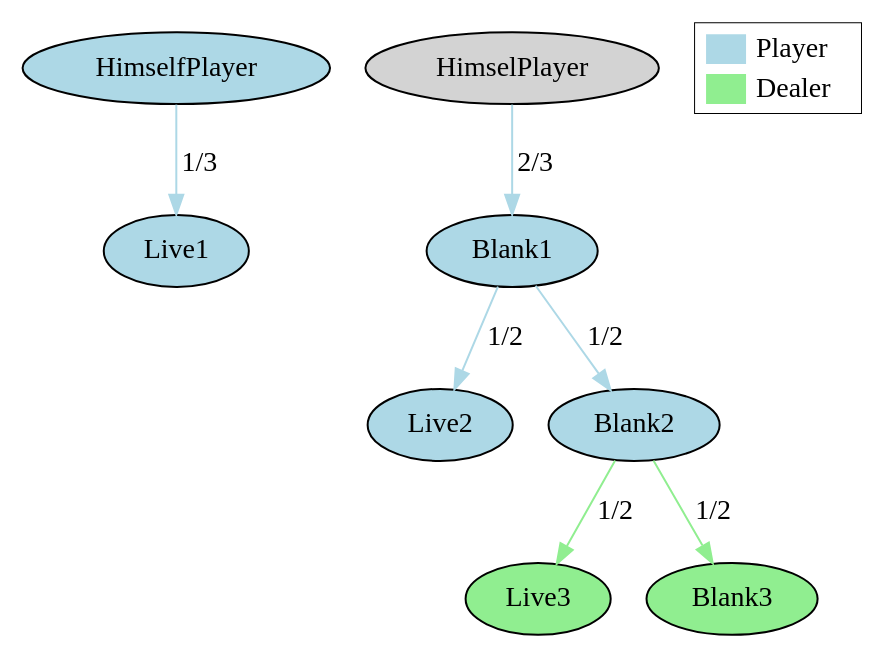
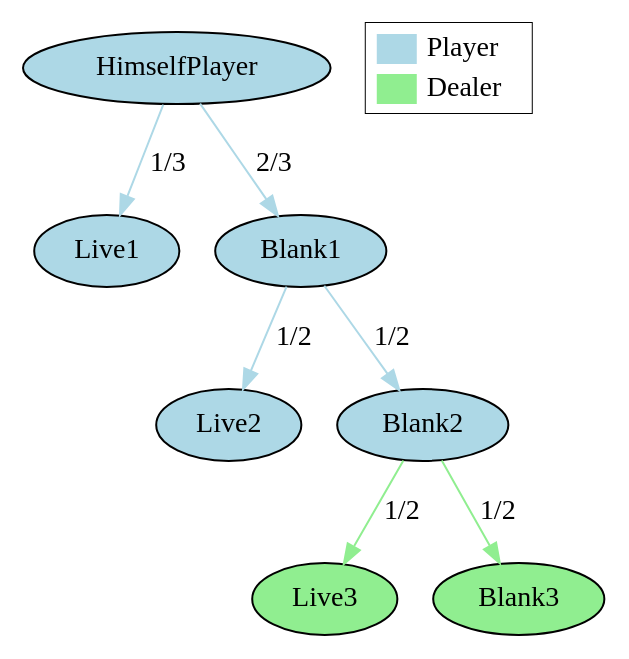
The diagram in probability_based.dot (Dpbm/qbuck), drawn with Graphviz before and after one commit. The commit also changed 6 other files, not shown here.

```diff
--- a/probability_based.dot
+++ b/probability_based.dot
@@ -1,40 +1,40 @@
 digraph{
 	node [style="filled"]	
 
 	HimselfPlayer [fillcolor="lightblue"]
 	Live1 [fillcolor="lightblue"]
 	Live2 [fillcolor="lightblue"]
 	Live3 [fillcolor="lightgreen"]
 	Blank1 [fillcolor="lightblue"]
 	Blank2 [fillcolor="lightblue"]
 	Blank3 [fillcolor="lightgreen"]
 
 
 	HimselfPlayer -> Live1 [color="lightblue" label="1/3"]
-	HimselPlayer -> Blank1 [color="lightblue" label="2/3"]
+	HimselfPlayer -> Blank1 [color="lightblue" label="2/3"]
 	Blank1 -> Live2 [color="lightblue" label="1/2"]
 	Blank1 -> Blank2 [color="lightblue" label="1/2"]
 	Blank2 -> Live3 [color="lightgreen" label="1/2"]
 	Blank2 -> Blank3 [color="lightgreen" label="1/2"]
 
 
 	subgraph legend {
 		graph [
 		    rankdir="TB"
 		];
 
 		LegendTable [shape=box, margin=0, label=<
 		    <TABLE BORDER="0" CELLBORDER="0" CELLSPACING="5" CELLPADDING="0" BGCOLOR="white">
 			<TR>
 			    <TD BGCOLOR="lightblue" WIDTH="20" HEIGHT="15"></TD>
 			    <TD ALIGN="left">Player</TD>
 			</TR>
 			<TR>
 			    <TD BGCOLOR="lightgreen" WIDTH="20" HEIGHT="15"></TD>
 			    <TD ALIGN="left">Dealer</TD>
 			</TR>
 		    </TABLE>
 		>];
 	    }
 
 }
```
